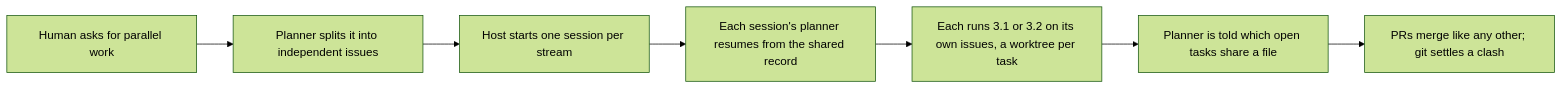
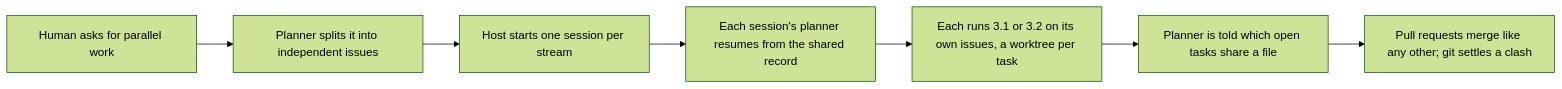
One commit to trustmybot/tmb changed diagram 15 of 24 in docs/flows/FLOWS.md. Above: the diagram before and after it, drawn with Mermaid (forest theme). The commit also changed other lines of this file and 14 other files, not shown here.

Commit message:
📝 docs: flows, adapters, engine, roles and release pages follow the template; several-hosts design removed

````diff
--- a/docs/flows/FLOWS.md
+++ b/docs/flows/FLOWS.md
@@ -210,9 +239,9 @@
 ```mermaid
 flowchart LR
     A["Human asks for parallel work"] --> B["Planner splits it into independent issues"]
     B --> C["Host starts one session per stream"]
     C --> D["Each session's planner resumes from the shared record"]
     D --> E["Each runs 3.1 or 3.2 on its own issues, a worktree per task"]
     E --> F["Planner is told which open tasks share a file"]
-    F --> G["PRs merge like any other; git settles a clash"]
+    F --> G["Pull requests merge like any other; git settles a clash"]
 ```
````
